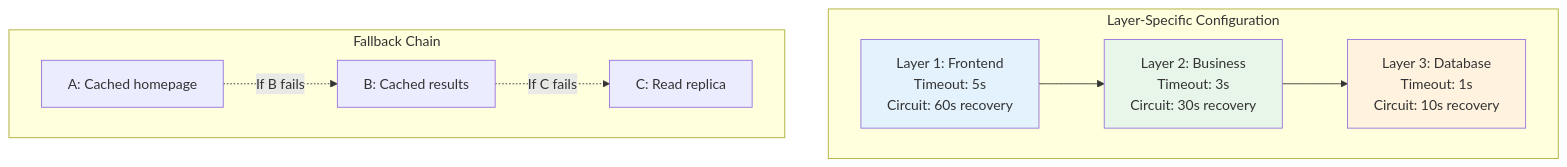
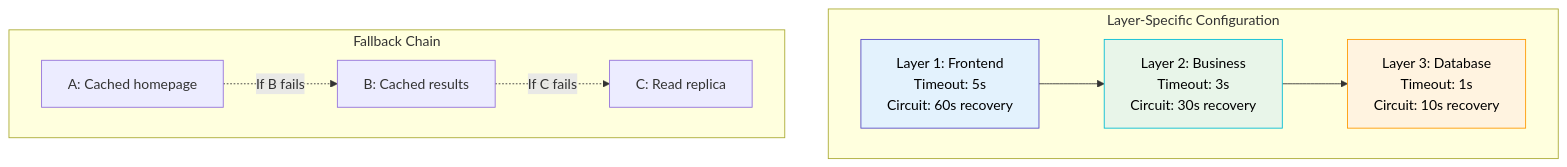
One commit to deepaucksharma/DStudio changed diagram 13 of 14 in docs/patterns/circuit-breaker.md. Above: the diagram before and after it, drawn with Mermaid. The commit also changed other lines of this file and 43 other files, not shown here.

````diff
--- a/docs/patterns/circuit-breaker.md
+++ b/docs/patterns/circuit-breaker.md
@@ -905,23 +1015,26 @@
 ```mermaid
 graph TB
     subgraph "Layer-Specific Configuration"
         L1["Layer 1: Frontend<br/>Timeout: 5s<br/>Circuit: 60s recovery"]
         L2["Layer 2: Business<br/>Timeout: 3s<br/>Circuit: 30s recovery"]
         L3["Layer 3: Database<br/>Timeout: 1s<br/>Circuit: 10s recovery"]
         
         L1 --> L2 --> L3
     end
     
     subgraph "Fallback Chain"
         F1["A: Cached homepage"]
         F2["B: Cached results"]
         F3["C: Read replica"]
         
         F1 -.->|If B fails| F2
         F2 -.->|If C fails| F3
     end
     
-    style L1 fill:#e3f2fd
-    style L2 fill:#e8f5e9
-    style L3 fill:#fff3e0
+    classDef layer1 fill:#e3f2fd,stroke:#5448C8,color:#000
+    classDef layer2 fill:#e8f5e9,stroke:#00BCD4,color:#000
+    classDef layer3 fill:#fff3e0,stroke:#ff9800,color:#000
+    class L1 layer1
+    class L2 layer2
+    class L3 layer3
 ```
````
